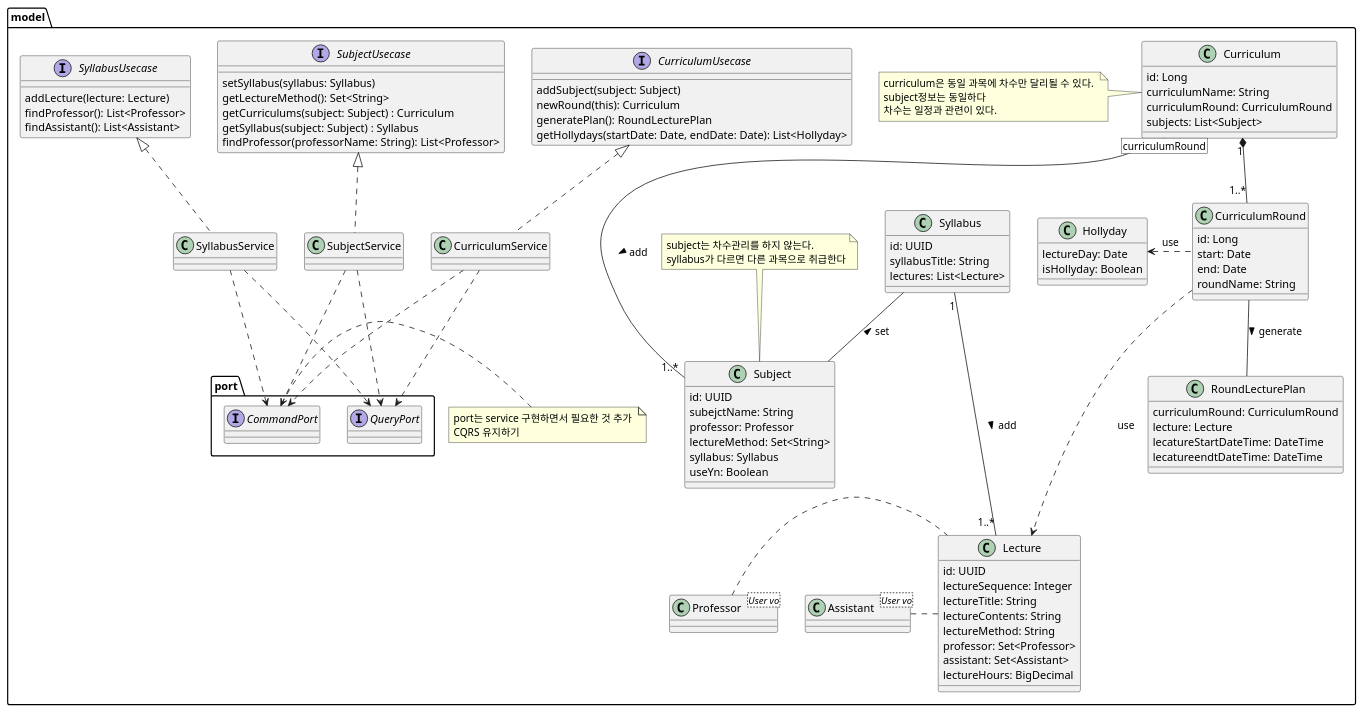
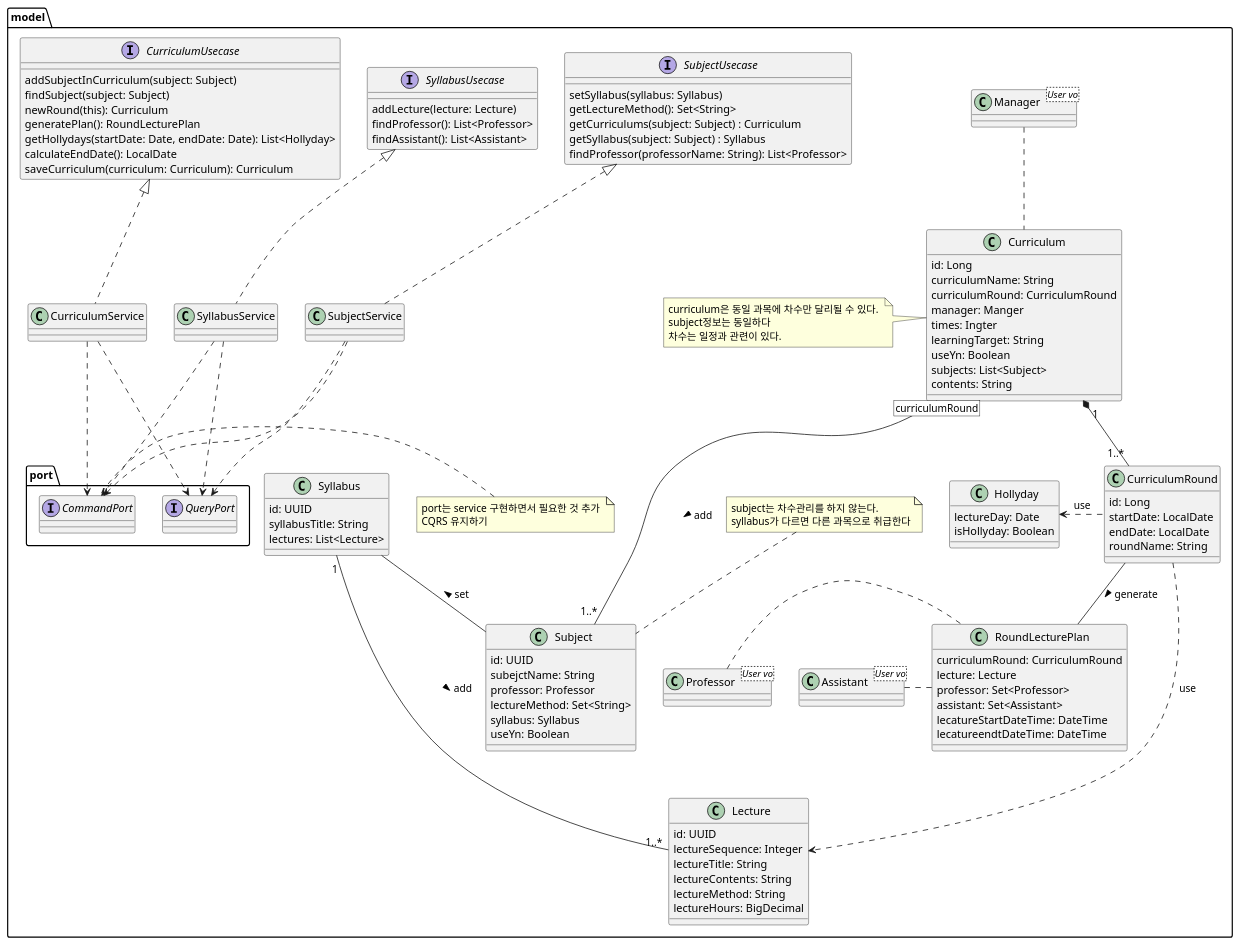
One commit to ohhoonim/lms changed the diagram in src/main/java/dev/ohhoonim/lms/domain/learningCourses/design/model.md. Above: the diagram before and after it, drawn with PlantUML. The commit also changed 3 other files, not shown here.

````diff
--- a/src/main/java/dev/ohhoonim/lms/domain/learningCourses/design/model.md
+++ b/src/main/java/dev/ohhoonim/lms/domain/learningCourses/design/model.md
@@ -5,23 +5,31 @@
 ```plantuml
 @startuml
 package model {
+    class Manager <User vo>
     '학습과정(커리큘럼)
     class Curriculum {
         id: Long
         curriculumName: String
         curriculumRound: CurriculumRound
+        manager: Manger
+        times: Ingter
+        learningTarget: String
+        useYn: Boolean
         subjects: List<Subject>
-        
+        contents: String 
     }
     note left 
         curriculum은 동일 과목에 차수만 달리될 수 있다. 
         subject정보는 동일하다
         차수는 일정과 관련이 있다. 
     end note
+    
+    Manager .. Curriculum
+    
     class CurriculumRound {
         id: Long
-        start: Date
-        end: Date
+        startDate: LocalDate
+        endDate: LocalDate
         roundName: String
         
     }
@@ -29,6 +37,8 @@
     class RoundLecturePlan {
         curriculumRound: CurriculumRound
         lecture: Lecture
+        professor: Set<Professor>
+        assistant: Set<Assistant>
         lecatureStartDateTime: DateTime
         lecatureendtDateTime: DateTime
     }
@@ -69,8 +79,6 @@
         lectureTitle: String
         lectureContents: String
         lectureMethod: String
-        professor: Set<Professor>
-        assistant: Set<Assistant>
         lectureHours: BigDecimal
         
     }
@@ -81,15 +89,17 @@
     Curriculum [curriculumRound] --- "1..*" Subject : add >
     Subject -left- Syllabus : set >
     Syllabus "1" --- "1..*" Lecture : add >
-    Lecture .left. Professor
-    Lecture .left. Assistant
+    RoundLecturePlan .left. Professor
+    RoundLecturePlan .left. Assistant
 
     interface CurriculumUsecase {
-        addSubject(subject: Subject)
+        addSubjectInCurriculum(subject: Subject)
+        findSubject(subject: Subject)
         newRound(this): Curriculum
         generatePlan(): RoundLecturePlan
         getHollydays(startDate: Date, endDate: Date): List<Hollyday>
-
+        calculateEndDate(): LocalDate
+        saveCurriculum(curriculum: Curriculum): Curriculum
     }
 
     interface SubjectUsecase {
````
